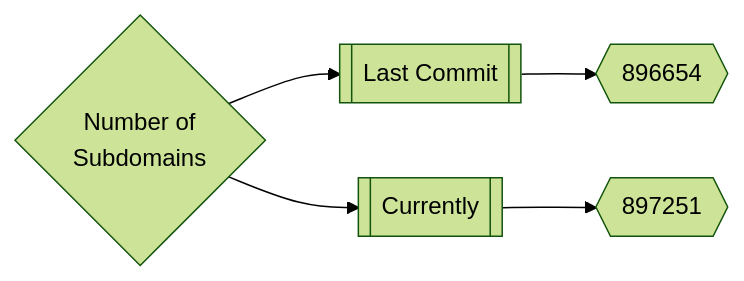
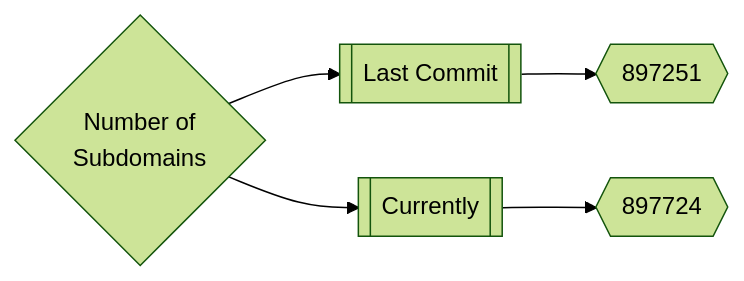
The first of 3 diagrams in README.md (trickest/inventory), drawn with Mermaid (forest theme) before and after one commit. The commit also changed other lines of this file, not shown here.

Commit message:
Update README.md Sun Jul  3 21:56:11 UTC 2022

````diff
--- a/README.md
+++ b/README.md
@@ -167,5 +167,5 @@
 ```mermaid
 graph LR
-title{Number of<br>Subdomains} --> subdomainsDate1[[Last Commit]] --> subdomainsNum1{{896654}}
-title --> subdomainsDate2[[Currently]] --> subdomainsNum2{{897251}}
+title{Number of<br>Subdomains} --> subdomainsDate1[[Last Commit]] --> subdomainsNum1{{897251}}
+title --> subdomainsDate2[[Currently]] --> subdomainsNum2{{897724}}
 ```
````
